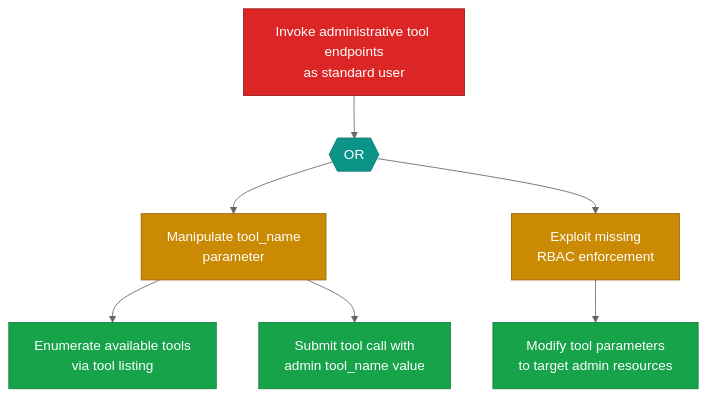
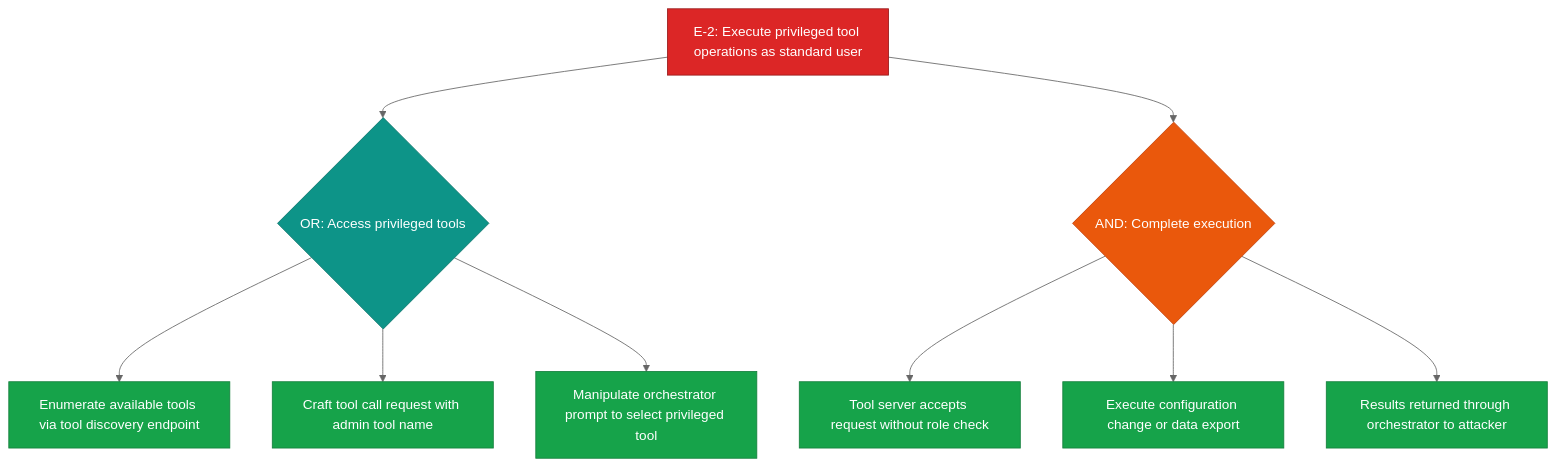
The fourth of 7 diagrams in examples/agentic-app/test-output/2026-03-25T12-53-57/threat-report.md (q-qp-p/davidmatousek-tachi), drawn with Mermaid (neutral theme) before and after one commit. The commit also changed other lines of this file and 42 other files, not shown here.

````diff
--- a/examples/agentic-app/test-output/2026-03-25T12-53-57/threat-report.md
+++ b/examples/agentic-app/test-output/2026-03-25T12-53-57/threat-report.md
@@ -462,24 +345,30 @@
 ```mermaid
 flowchart TD
-    E3_root["Invoke administrative tool endpoints\nas standard user"]
-    E3_or1{{"OR"}}
-    E3_sub1["Manipulate tool_name\nparameter"]
-    E3_sub2["Exploit missing\nRBAC enforcement"]
-    E3_leaf1["Enumerate available tools\nvia tool listing"]
-    E3_leaf2["Submit tool call with\nadmin tool_name value"]
-    E3_leaf3["Modify tool parameters\nto target admin resources"]
-    E3_root --> E3_or1
-    E3_or1 --> E3_sub1
-    E3_or1 --> E3_sub2
-    E3_sub1 --> E3_leaf1
-    E3_sub1 --> E3_leaf2
-    E3_sub2 --> E3_leaf3
-    classDef goal fill:#DC2626,stroke:#991B1B,color:#FFFFFF
-    classDef orGate fill:#0D9488,stroke:#0F766E,color:#FFFFFF
-    classDef leaf fill:#16A34A,stroke:#15803D,color:#FFFFFF
-    classDef sub fill:#CA8A04,stroke:#A16207,color:#FFFFFF
-    class E3_root goal
-    class E3_or1 orGate
-    class E3_sub1,E3_sub2 sub
-    class E3_leaf1,E3_leaf2,E3_leaf3 leaf
+    E2_root["E-2: Execute privileged tool operations as standard user"]
+    E2_or1{"OR: Access privileged tools"}
+    E2_leaf1["Enumerate available tools via tool discovery endpoint"]
+    E2_leaf2["Craft tool call request with admin tool name"]
+    E2_leaf3["Manipulate orchestrator prompt to select privileged tool"]
+    E2_and1{"AND: Complete execution"}
+    E2_leaf4["Tool server accepts request without role check"]
+    E2_leaf5["Execute configuration change or data export"]
+    E2_leaf6["Results returned through orchestrator to attacker"]
+
+    E2_root --> E2_or1
+    E2_root --> E2_and1
+    E2_or1 --> E2_leaf1
+    E2_or1 --> E2_leaf2
+    E2_or1 --> E2_leaf3
+    E2_and1 --> E2_leaf4
+    E2_and1 --> E2_leaf5
+    E2_and1 --> E2_leaf6
+
+    classDef goal fill:#DC2626,color:#fff,stroke:#991B1B
+    classDef andGate fill:#EA580C,color:#fff,stroke:#C2410C
+    classDef orGate fill:#0D9488,color:#fff,stroke:#0F766E
+    classDef leaf fill:#16A34A,color:#fff,stroke:#15803D
+    class E2_root goal
+    class E2_and1 andGate
+    class E2_or1 orGate
+    class E2_leaf1,E2_leaf2,E2_leaf3,E2_leaf4,E2_leaf5,E2_leaf6 leaf
 ```
````
